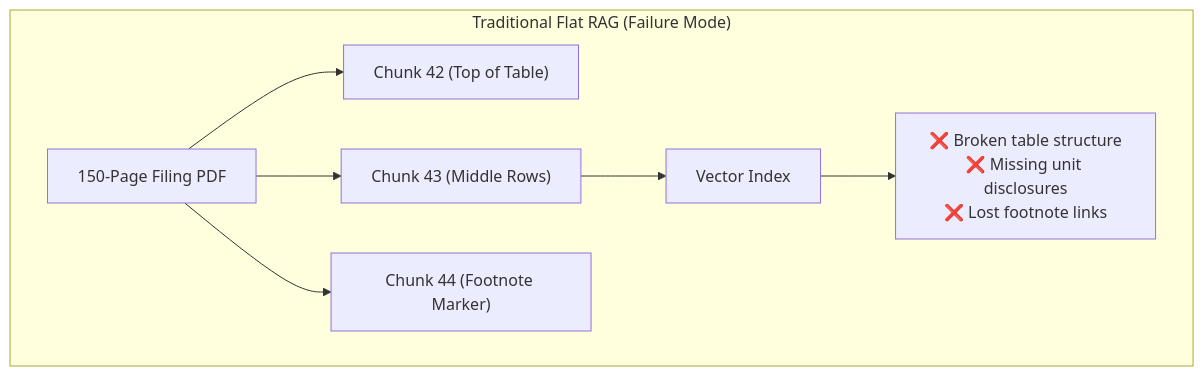
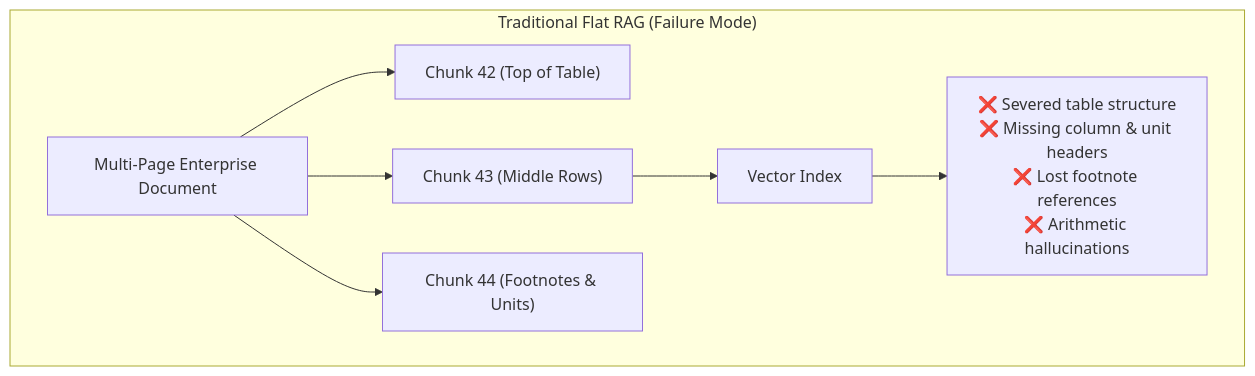
One commit to tclatos/genai-tk changed the first of 4 diagrams in docs/slides-benchmark.md. Above: the diagram before and after it, drawn with Mermaid. The commit also changed other lines of this file and 8 other files, not shown here.

````diff
--- a/docs/slides-benchmark.md
+++ b/docs/slides-benchmark.md
@@ -52,10 +104,10 @@
 ```mermaid
 flowchart TD
     subgraph Flat["Traditional Flat RAG (Failure Mode)"]
-        PDF["150-Page Filing PDF"] --> CH1["Chunk 42 (Top of Table)"]
+        PDF["Multi-Page Enterprise Document"] --> CH1["Chunk 42 (Top of Table)"]
         PDF --> CH2["Chunk 43 (Middle Rows)"]
-        PDF --> CH3["Chunk 44 (Footnote Marker)"]
+        PDF --> CH3["Chunk 44 (Footnotes & Units)"]
         CH2 --> EMB["Vector Index"]
-        EMB --> LOSS["❌ Broken table structure<br/>❌ Missing unit disclosures<br/>❌ Lost footnote links"]
+        EMB --> LOSS["❌ Severed table structure<br/>❌ Missing column & unit headers<br/>❌ Lost footnote references<br/>❌ Arithmetic hallucinations"]
     end
 ```
````
